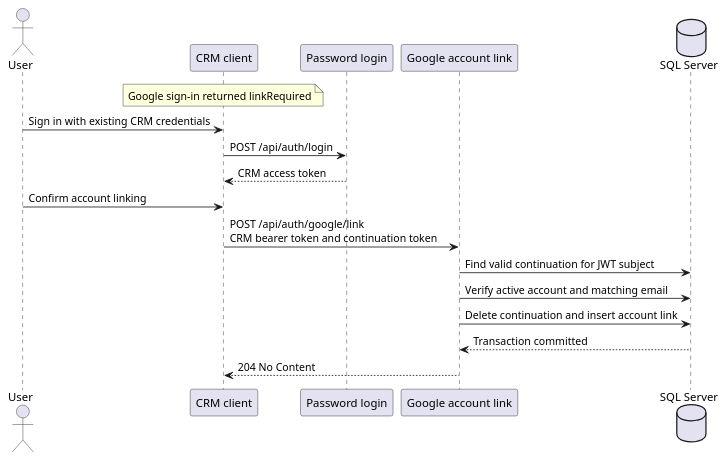
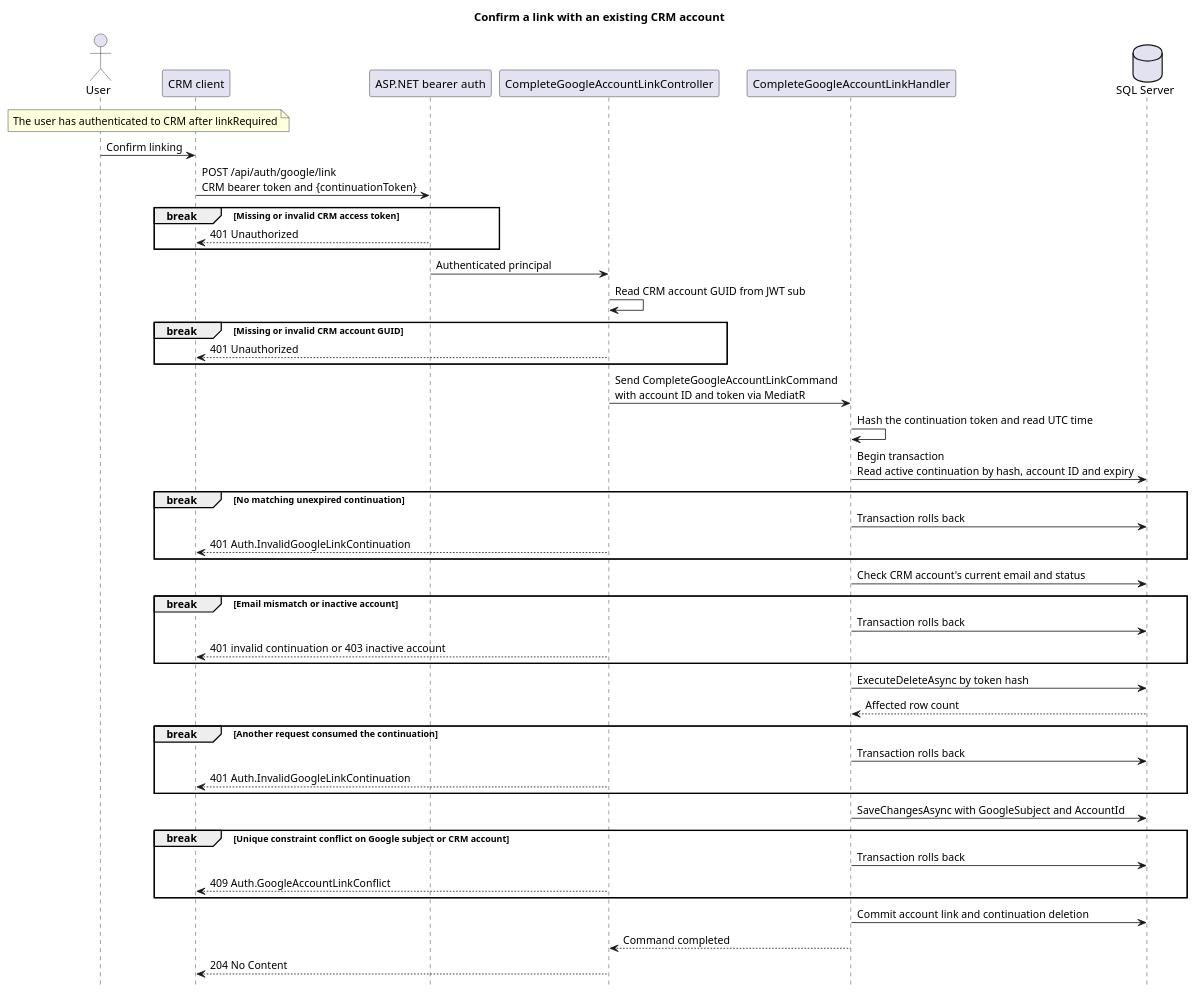
Before and after one commit to JStec0312/Tutoring-CRM-System: the diagram in docs/technical_docs/backend_docs/user_stories/us_073/diagrams/complete-google-account-link.puml, drawn with PlantUML. The commit also changed 21 other files, not shown here.

Commit message:
re #167 added sign in with google button now and completed docs

```diff
--- a/docs/technical_docs/backend_docs/user_stories/us_073/diagrams/complete-google-account-link.puml
+++ b/docs/technical_docs/backend_docs/user_stories/us_073/diagrams/complete-google-account-link.puml
@@ -1,19 +1,49 @@
-@startuml
+@startuml complete-google-account-link
+title Confirm a link with an existing CRM account
+hide footbox
+
 actor User
 participant "CRM client" as Client
-participant "Password login" as Login
-participant "Google account link" as Link
+participant "ASP.NET bearer auth" as Auth
+participant CompleteGoogleAccountLinkController as Controller
+participant CompleteGoogleAccountLinkHandler as Handler
 database "SQL Server" as Database
 
-note over Client: Google sign-in returned linkRequired
-User -> Client: Sign in with existing CRM credentials
-Client -> Login: POST /api/auth/login
-Login --> Client: CRM access token
-User -> Client: Confirm account linking
-Client -> Link: POST /api/auth/google/link\nCRM bearer token and continuation token
-Link -> Database: Find valid continuation for JWT subject
-Link -> Database: Verify active account and matching email
-Link -> Database: Delete continuation and insert account link
-Database --> Link: Transaction committed
-Link --> Client: 204 No Content
+note over User,Client: The user has authenticated to CRM after linkRequired
+User -> Client: Confirm linking
+Client -> Auth: POST /api/auth/google/link\nCRM bearer token and {continuationToken}
+break Missing or invalid CRM access token
+    Auth --> Client: 401 Unauthorized
+end
+Auth -> Controller: Authenticated principal
+Controller -> Controller: Read CRM account GUID from JWT sub
+break Missing or invalid CRM account GUID
+    Controller --> Client: 401 Unauthorized
+end
+Controller -> Handler: Send CompleteGoogleAccountLinkCommand\nwith account ID and token via MediatR
+Handler -> Handler: Hash the continuation token and read UTC time
+Handler -> Database: Begin transaction\nRead active continuation by hash, account ID and expiry
+break No matching unexpired continuation
+    Handler -> Database: Transaction rolls back
+    Controller --> Client: 401 Auth.InvalidGoogleLinkContinuation
+end
+Handler -> Database: Check CRM account's current email and status
+break Email mismatch or inactive account
+    Handler -> Database: Transaction rolls back
+    Controller --> Client: 401 invalid continuation or 403 inactive account
+end
+Handler -> Database: ExecuteDeleteAsync by token hash
+Database --> Handler: Affected row count
+break Another request consumed the continuation
+    Handler -> Database: Transaction rolls back
+    Controller --> Client: 401 Auth.InvalidGoogleLinkContinuation
+end
+Handler -> Database: SaveChangesAsync with GoogleSubject and AccountId
+break Unique constraint conflict on Google subject or CRM account
+    Handler -> Database: Transaction rolls back
+    Controller --> Client: 409 Auth.GoogleAccountLinkConflict
+end
+Handler -> Database: Commit account link and continuation deletion
+Handler --> Controller: Command completed
+Controller --> Client: 204 No Content
 @enduml
```
